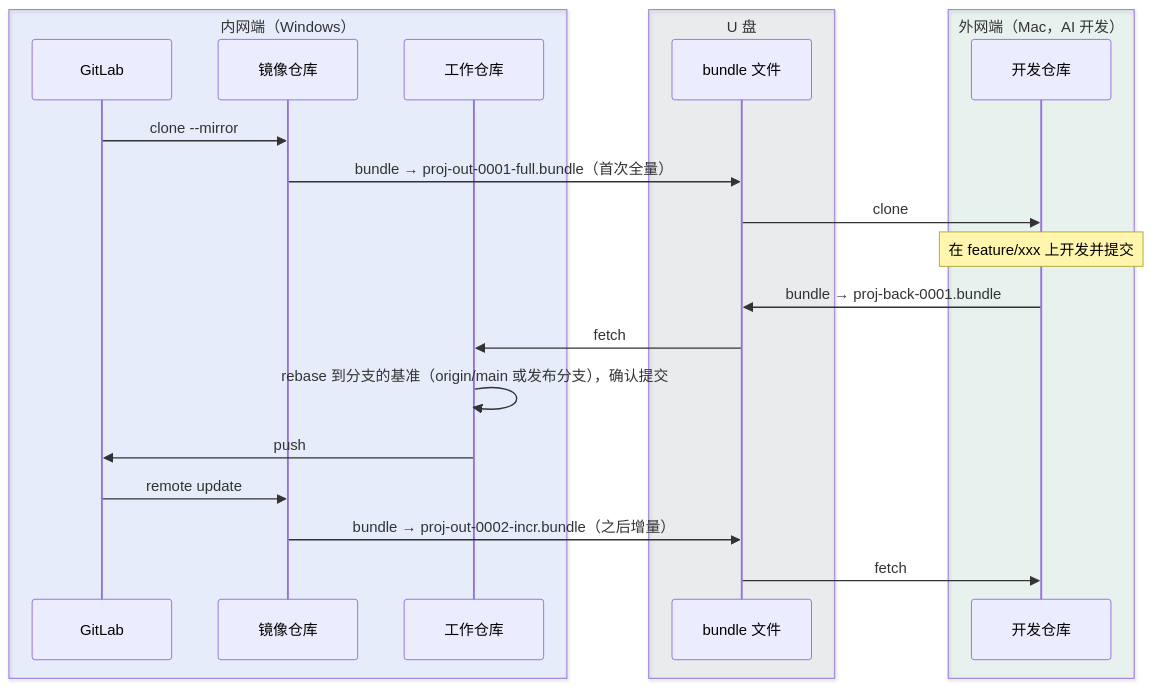
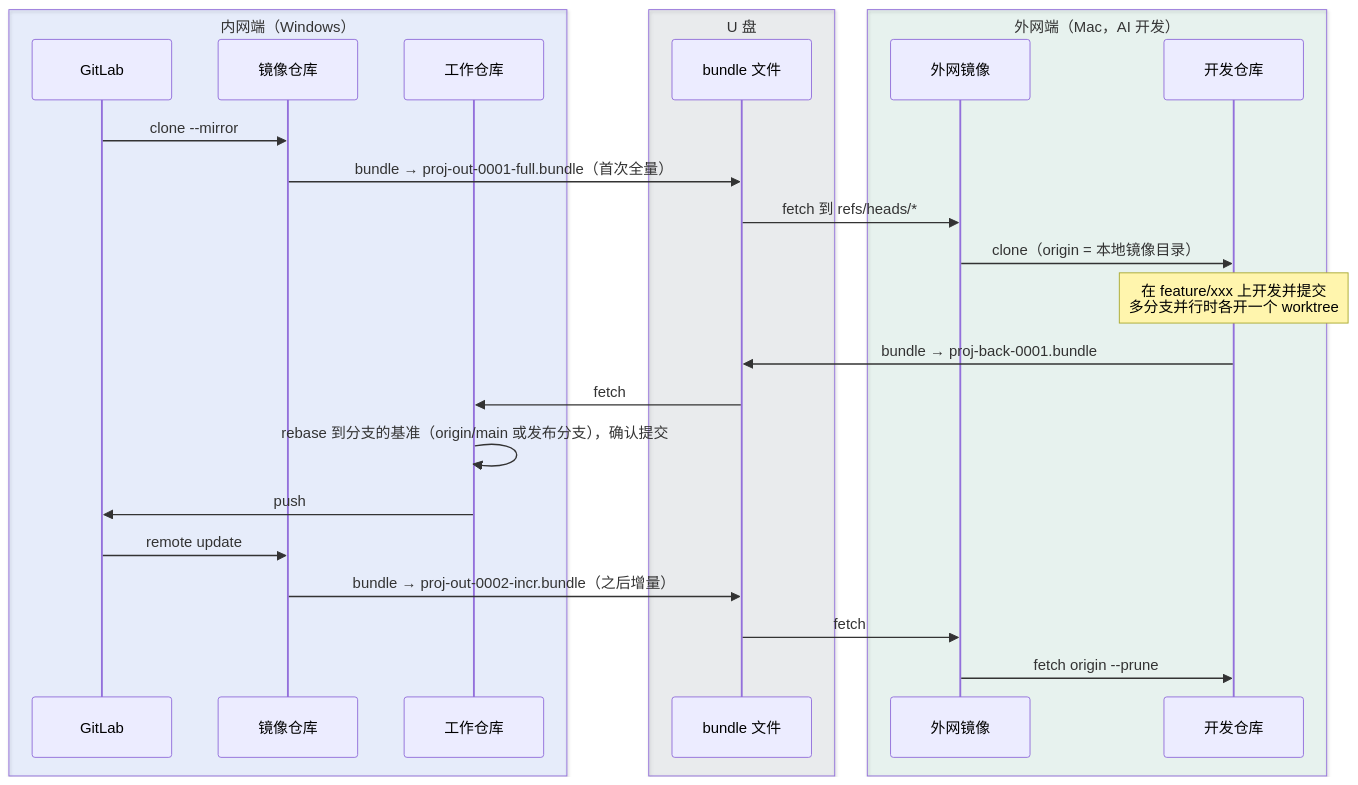
The diagram in README.md (laplacesc/git-offline-sync), drawn with Mermaid before and after one commit. The commit also changed other lines of this file and 13 other files, not shown here.

````diff
--- a/README.md
+++ b/README.md
@@ -6,26 +6,29 @@
 ```mermaid
 sequenceDiagram
     box rgba(0,82,255,0.08) 内网端（Windows）
         participant GL as GitLab
         participant MR as 镜像仓库
         participant WK as 工作仓库
     end
     box rgba(100,116,139,0.10) U 盘
         participant USB as bundle 文件
     end
     box rgba(15,157,107,0.08) 外网端（Mac，AI 开发）
+        participant XM as 外网镜像
         participant DEV as 开发仓库
     end
 
     GL->>MR: clone --mirror
     MR->>USB: bundle → proj-out-0001-full.bundle（首次全量）
-    USB->>DEV: clone
-    Note over DEV: 在 feature/xxx 上开发并提交
+    USB->>XM: fetch 到 refs/heads/*
+    XM->>DEV: clone（origin = 本地镜像目录）
+    Note over DEV: 在 feature/xxx 上开发并提交<br/>多分支并行时各开一个 worktree
     DEV->>USB: bundle → proj-back-0001.bundle
     USB->>WK: fetch
     WK->>WK: rebase 到分支的基准（origin/main 或发布分支），确认提交
     WK->>GL: push
     GL->>MR: remote update
     MR->>USB: bundle → proj-out-0002-incr.bundle（之后增量）
-    USB->>DEV: fetch
+    USB->>XM: fetch
+    XM->>DEV: fetch origin --prune
 ```
````
